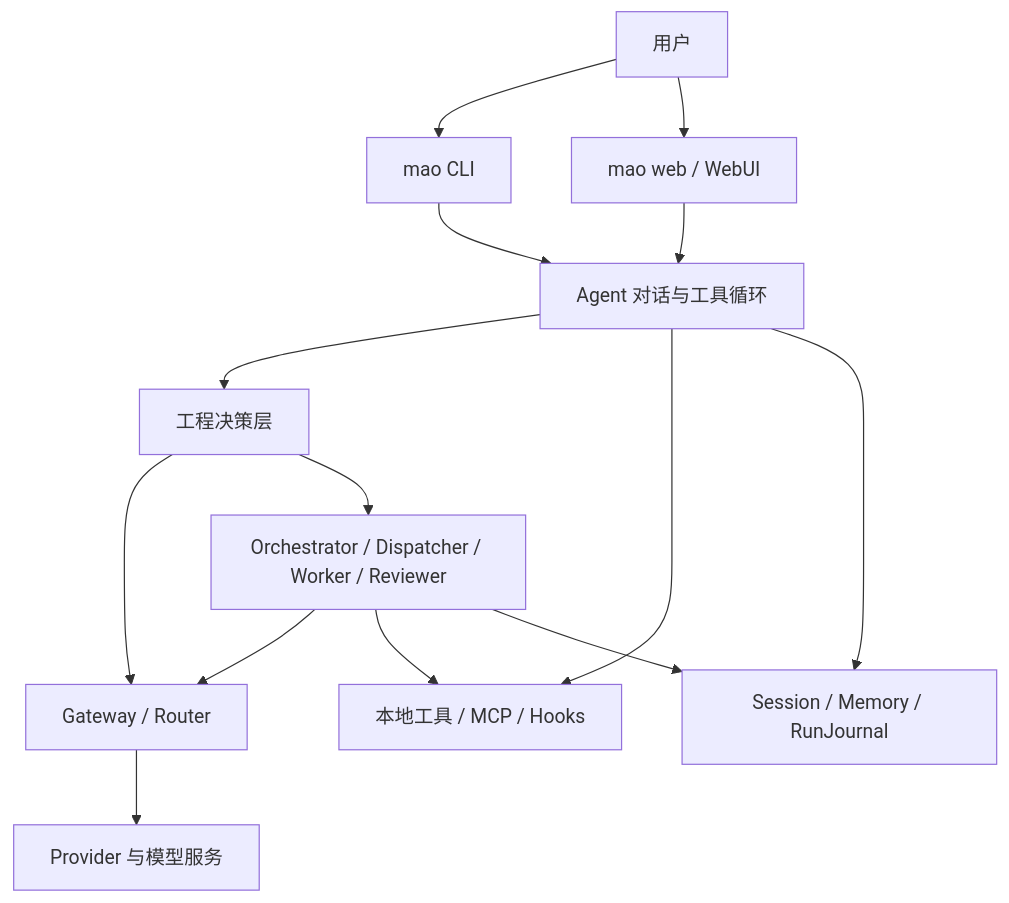
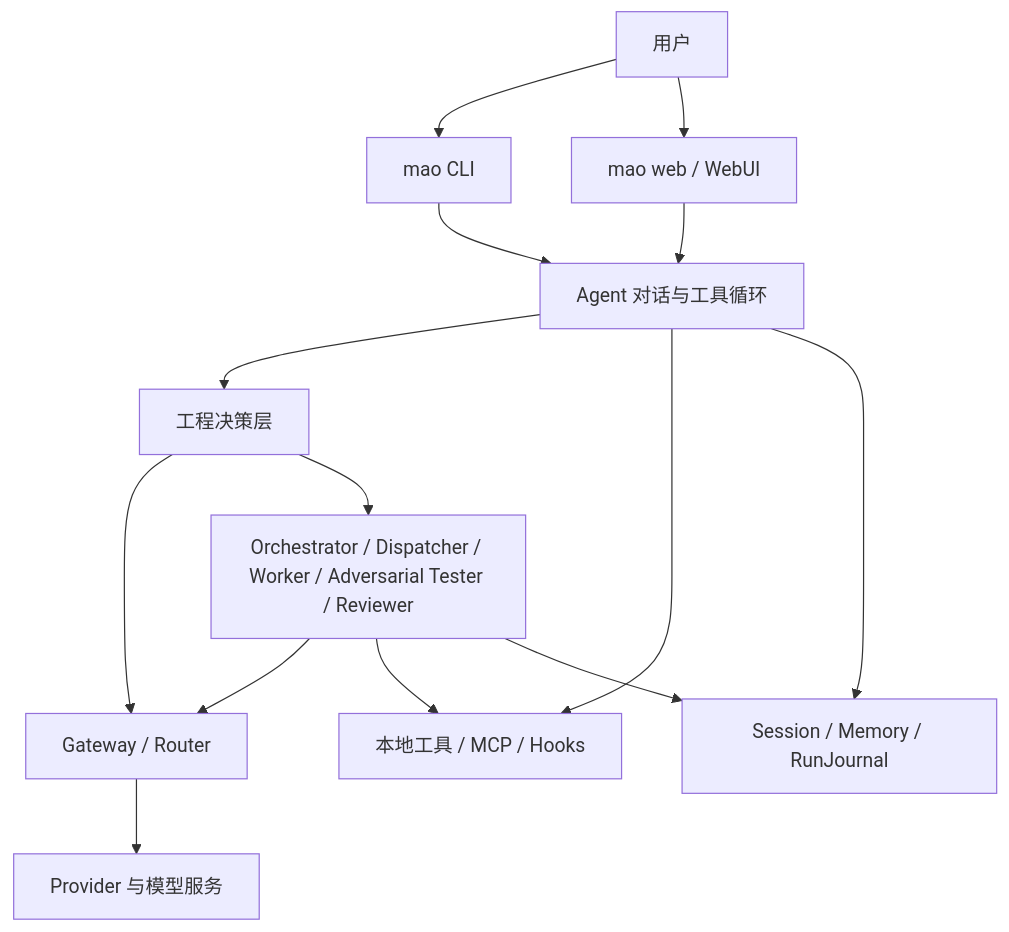
The diagram in docs/MAO-架构概览.md (Wanbinyu/multi-agent-orchestrator), drawn with Mermaid before and after one commit. The commit also changed other lines of this file and 22 other files, not shown here.

````diff
--- a/docs/MAO-架构概览.md
+++ b/docs/MAO-架构概览.md
@@ -22,16 +22,16 @@
 ```mermaid
 flowchart TD
     U["用户"] --> CLI["mao CLI"]
     U --> WEB["mao web / WebUI"]
     CLI --> AGENT["Agent 对话与工具循环"]
     WEB --> AGENT
     AGENT --> ENG["工程决策层"]
     ENG --> GW["Gateway / Router"]
     GW --> P["Provider 与模型服务"]
     AGENT --> TOOLS["本地工具 / MCP / Hooks"]
-    ENG --> COLLAB["Orchestrator / Dispatcher / Worker / Reviewer"]
+    ENG --> COLLAB["Orchestrator / Dispatcher / Worker / Adversarial Tester / Reviewer"]
     COLLAB --> GW
     COLLAB --> TOOLS
     AGENT --> STATE["Session / Memory / RunJournal"]
     COLLAB --> STATE
 ```
````
